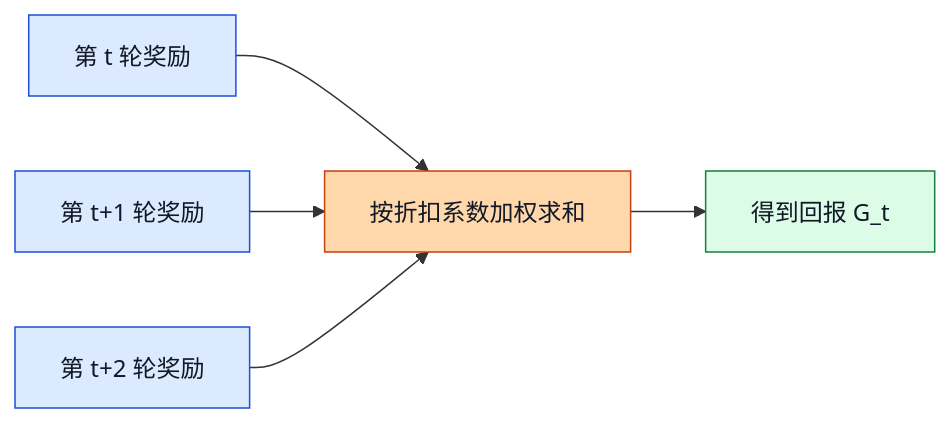
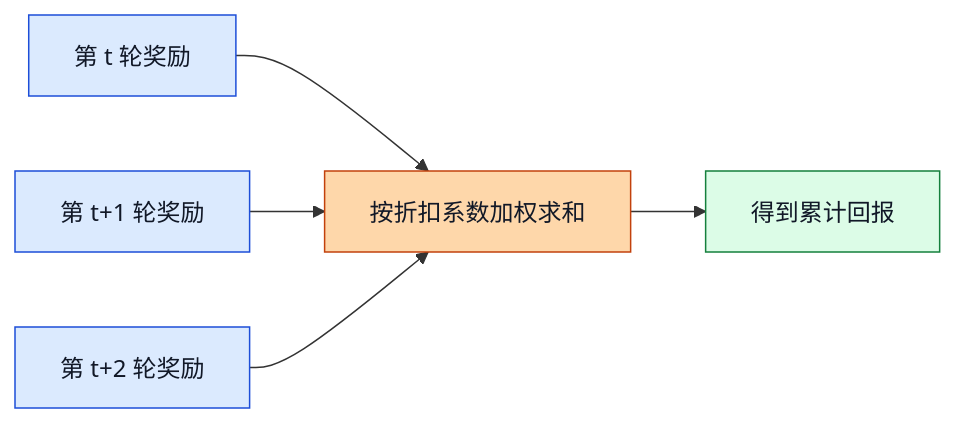
One commit to Mrphase/RL-Doc changed the fifth of 9 diagrams in learn/02_RL_Core_Concepts.md. Above: the diagram before and after it, drawn with Mermaid. The commit also changed other lines of this file and 14 other files, not shown here.

First line of the commit message:
fix: clean mermaid labels in learn docs

````diff
--- a/learn/02_RL_Core_Concepts.md
+++ b/learn/02_RL_Core_Concepts.md
@@ -632,15 +632,15 @@
 ```mermaid
 flowchart LR
     I1[第 t 轮奖励] --> P[按折扣系数加权求和]
     I2[第 t+1 轮奖励] --> P
     I3[第 t+2 轮奖励] --> P
-    P --> O[得到回报 G_t]
+    P --> O[得到累计回报]
 
     classDef input fill:#dbeafe,stroke:#1d4ed8,color:#111827;
     classDef process fill:#fed7aa,stroke:#c2410c,color:#111827;
     classDef output fill:#dcfce7,stroke:#15803d,color:#111827;
 
     class I1,I2,I3 input;
     class P process;
     class O output;
 ```
````
